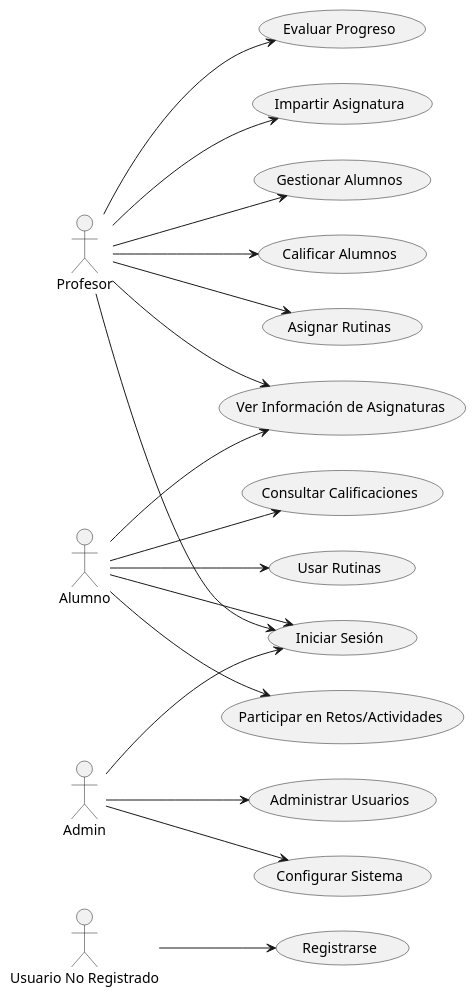
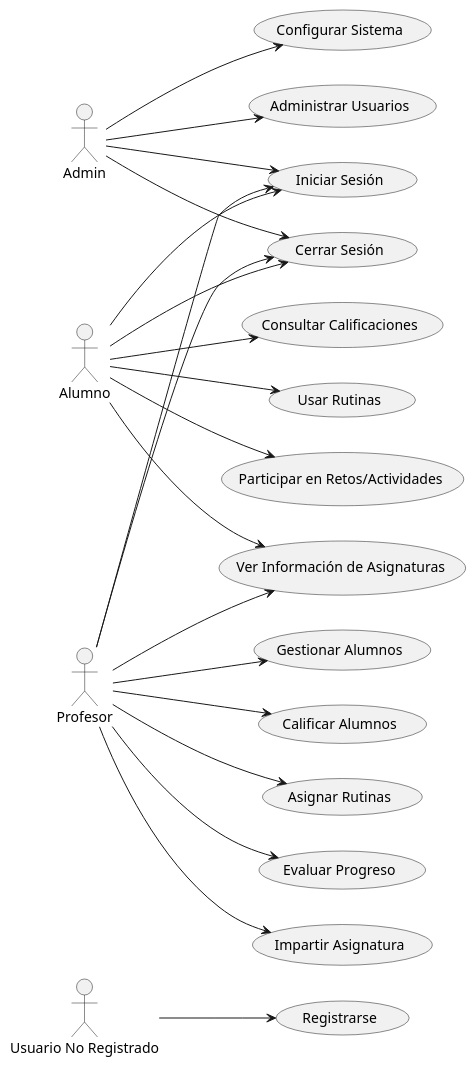
Before and after one commit to mmasias/24-25-IdSw1-SDR: the diagram in Documentos/CasosUso/CasosUso.puml, drawn with PlantUML. The commit also changed other lines of this file, not shown here.

Commit message:
Nuevos casos de uso

```diff
--- a/Documentos/CasosUso/CasosUso.puml
+++ b/Documentos/CasosUso/CasosUso.puml
@@ -1,48 +1,52 @@
 @startuml
 
 left to right direction
 
 actor "Usuario No Registrado" as UsuarioNoRegistrado
 actor Profesor
 actor Alumno
 actor Admin
 
 usecase "Registrarse" as UC_Registrarse
 usecase "Iniciar Sesión" as UC_IniciarSesion
+usecase "Cerrar Sesión" as UC_CerrarSesion
 usecase "Ver Información de Asignaturas" as UC_VerInfoAsignaturas
 usecase "Consultar Calificaciones" as UC_ConsultarCalificaciones
 usecase "Impartir Asignatura" as UC_ImpartirAsignatura
 usecase "Gestionar Alumnos" as UC_GestionarAlumnos
 usecase "Administrar Usuarios" as UC_AdministrarUsuarios
 usecase "Configurar Sistema" as UC_ConfigurarSistema
 
 ' Casos de uso adicionales para Profesores
 usecase "Calificar Alumnos" as UC_CalificarAlumnos
 usecase "Asignar Rutinas" as UC_AsignarRutinas
 usecase "Evaluar Progreso" as UC_EvaluarProgreso
 
 ' Casos de uso adicionales para Alumnos
 usecase "Usar Rutinas" as UC_UsarRutinas
 usecase "Participar en Retos/Actividades" as UC_ParticiparRetos
 
 UsuarioNoRegistrado --> UC_Registrarse
 
 Alumno --> UC_IniciarSesion
+Alumno --> UC_CerrarSesion
 Alumno --> UC_VerInfoAsignaturas
 Alumno --> UC_ConsultarCalificaciones
 Alumno --> UC_UsarRutinas
 Alumno --> UC_ParticiparRetos
 
 Profesor --> UC_IniciarSesion
+Profesor --> UC_CerrarSesion
 Profesor --> UC_VerInfoAsignaturas
 Profesor --> UC_ImpartirAsignatura
 Profesor --> UC_GestionarAlumnos
 Profesor --> UC_CalificarAlumnos
 Profesor --> UC_AsignarRutinas
 Profesor --> UC_EvaluarProgreso
 
 Admin --> UC_IniciarSesion
+Admin --> UC_CerrarSesion
 Admin --> UC_AdministrarUsuarios
 Admin --> UC_ConfigurarSistema
 
 @enduml
```
